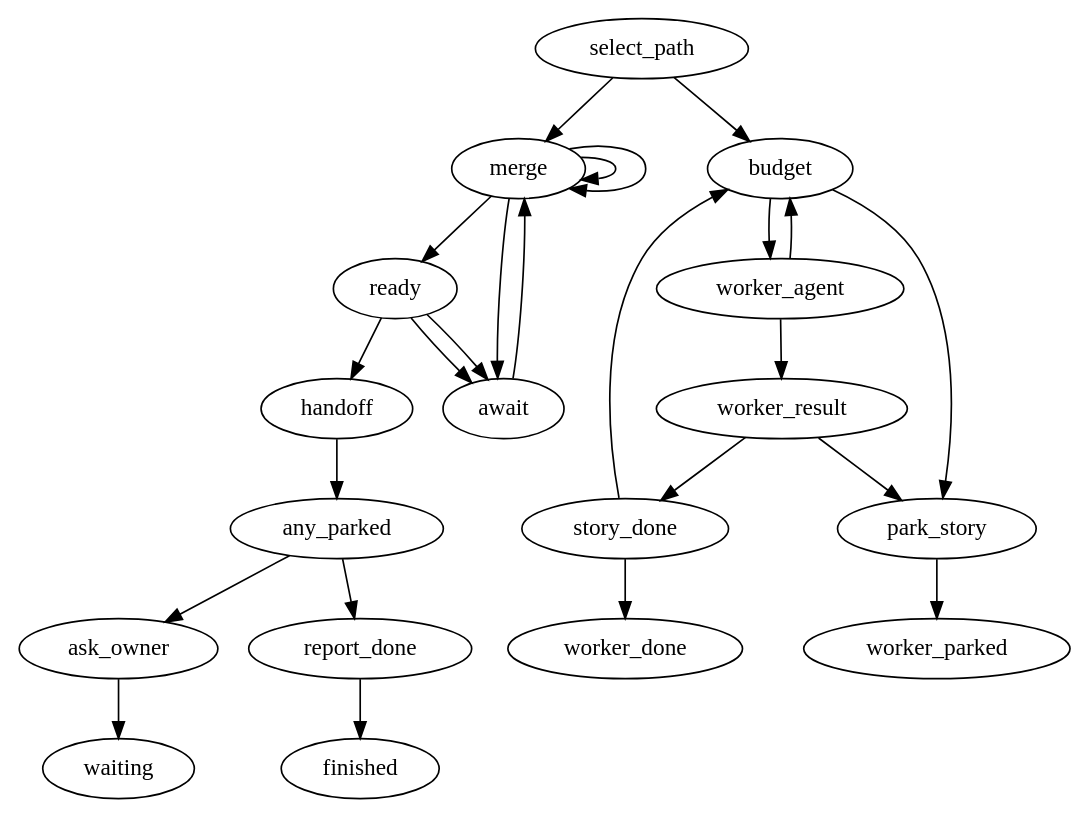
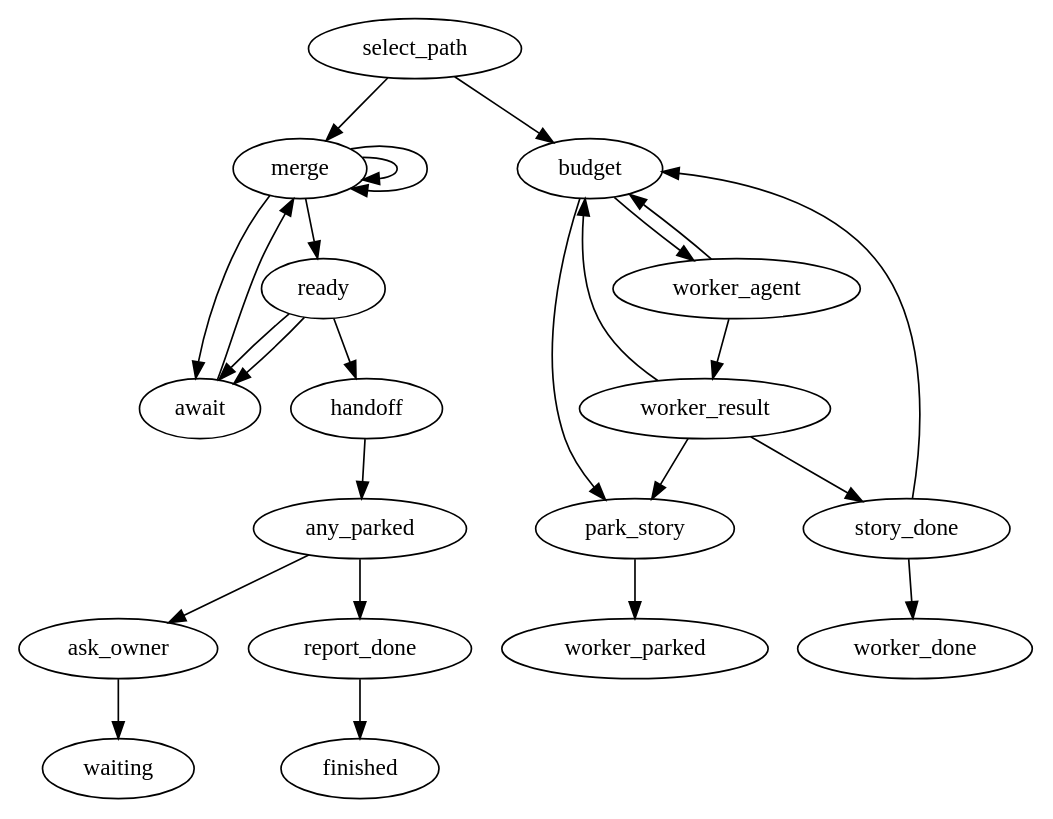
One commit to marioatcloudvane/litefactory changed the diagram in internal/teamsource/python-fastapi/implement/implement.dot. Above: the diagram before and after it, drawn with Graphviz. The commit also changed 599 other files, not shown here.

```diff
--- a/internal/teamsource/python-fastapi/implement/implement.dot
+++ b/internal/teamsource/python-fastapi/implement/implement.dot
@@ -1,85 +1,89 @@
 // Implement runs a managed feature as a graph. The factory decides which path a
 // run takes: the parent issue takes the coordinator path, and each story
 // sub-issue takes the worker path with a session, branch and worktree of its
 // own. Independent stories therefore build side by side, and a story that fails
 // does not stop the others.
 //
 // Coordinator (parent issue). It merges finished stories until none is left,
 // then starts every story that is ready. While stories build it rests at await
 // and ends the run; it wakes when a story changes state. When no story can start
 // or finish, it writes the hand-off report. If any story is parked, it asks the
 // owner one question that lists them all and waits. If every story is merged,
 // it reports completion on the parent once. The coordinator never writes code.
 //
 // Worker (story sub-issue). The repair budget is counted in the story ledger:
 // the first attempt and two repairs. One write-access agent writes the code and
 // its tailored unit tests and runs them. Only an accepted completed answer is
-// saved (committed and pushed), and only then is the story done. A blocked or
-// incomplete answer parks the story at once with the agent's own reason. A failed
-// attempt, a failed save or an exhausted budget go to the budget decision.
+// saved (committed and pushed), and only then is the story done. A blocked
+// answer parks the story at once with the agent's own reason. An incomplete
+// answer, a failed attempt or a failed save counts one attempt and goes back to
+// the budget decision; the next attempt receives the reason. An exhausted budget
+// parks the story with the last worker's own reason.
 //
 // This file is the only place the flow lives. Go supplies steps and never picks
 // the next step. Every node has a positive lf_limit; the limits on the coordinator
-// loop are sized for the largest story set plus owner resumes.
+// loop are sized for the largest story set plus owner resumes, and the worker
+// limits hold the three attempts plus the final park.
 digraph implement {
  graph [team="python-fastapi", mode="implement", profile_version="1", start="select_path"];
 
  // ---- Path selection ---------------------------------------------------------
  select_path [lf_action="lf_implement_select", lf_outcomes="coordinator,worker", lf_limit="4"];
 
  // ---- Coordinator --------------------------------------------------------------
  merge      [lf_action="lf_implement_merge", lf_outcomes="merged,parked,none,retry", lf_limit="64"];
  ready      [lf_action="lf_implement_ready", lf_outcomes="started,waiting,drained", lf_limit="64"];
  await      [lf_action="lf_implement_await", lf_outcomes="go", lf_limit="64"];
  handoff    [lf_action="lf_implement_handoff", lf_outcomes="posted", lf_limit="16"];
  any_parked [lf_action="lf_implement_any_parked", lf_outcomes="true,false", lf_limit="16"];
  ask_owner  [lf_action="lf_implement_ask", lf_outcomes="published", lf_source="merge", lf_limit="16"];
  report_done [lf_action="lf_implement_report_done", lf_outcomes="published", lf_source="merge", lf_limit="16"];
 
  // ---- Worker -----------------------------------------------------------------------
  budget        [lf_action="lf_implement_budget", lf_outcomes="run,park", lf_limit="8"];
  worker_agent  [lf_action="lf_agent", lf_outcomes="success,failed", lf_agent_markdown="story-worker", lf_skills="implement-result,team-guidance", lf_limit="3"];
- worker_result [lf_action="lf_implement_result", lf_outcomes="completed,stopped", lf_source="worker_agent", lf_limit="3"];
+ worker_result [lf_action="lf_implement_result", lf_outcomes="completed,incomplete,blocked", lf_source="worker_agent", lf_limit="3"];
  story_done    [lf_action="lf_implement_story_done", lf_outcomes="done,retry", lf_limit="3"];
  park_story    [lf_action="lf_implement_park", lf_outcomes="parked", lf_limit="4"];
 
  // ---- Terminals ------------------------------------------------------------------------
  waiting       [lf_terminal="true"];
  finished      [lf_terminal="true"];
  worker_done   [lf_terminal="true"];
  worker_parked [lf_terminal="true"];
 
  select_path -> merge  [lf_on="coordinator"];
  select_path -> budget [lf_on="worker"];
 
  // Coordinator: merge until none, then ready. A started or waiting result rests
  // at await; a drained one is the end of the work.
  merge -> merge   [lf_on="merged"];
  merge -> merge   [lf_on="parked"];
  merge -> ready   [lf_on="none"];
  merge -> await   [lf_on="retry"];
  ready -> await   [lf_on="started"];
  ready -> await   [lf_on="waiting"];
  ready -> handoff [lf_on="drained"];
  await -> merge   [lf_on="go"];
 
  // After the hand-off, one question for every parked story, or the completion
  // reply and finish.
  handoff    -> any_parked [lf_on="posted"];
  any_parked -> ask_owner  [lf_on="true"];
  any_parked -> report_done [lf_on="false"];
  ask_owner  -> waiting    [lf_on="published"];
  report_done -> finished  [lf_on="published"];
 
- // Worker: budget, then the agent. Completed is saved; blocked or incomplete parks
- // at once. A failed attempt or a failed save goes back to the budget.
+ // Worker: budget, then the agent. Completed is saved; blocked parks at once. An
+ // incomplete answer, a failed attempt or a failed save goes back to the budget.
  budget        -> worker_agent  [lf_on="run"];
  budget        -> park_story    [lf_on="park"];
  worker_agent  -> worker_result [lf_on="success"];
  worker_agent  -> budget        [lf_on="failed"];
  worker_result -> story_done    [lf_on="completed"];
- worker_result -> park_story    [lf_on="stopped"];
+ worker_result -> budget        [lf_on="incomplete"];
+ worker_result -> park_story    [lf_on="blocked"];
  story_done    -> worker_done   [lf_on="done"];
  story_done    -> budget        [lf_on="retry"];
  park_story    -> worker_parked [lf_on="parked"];
 }
```
